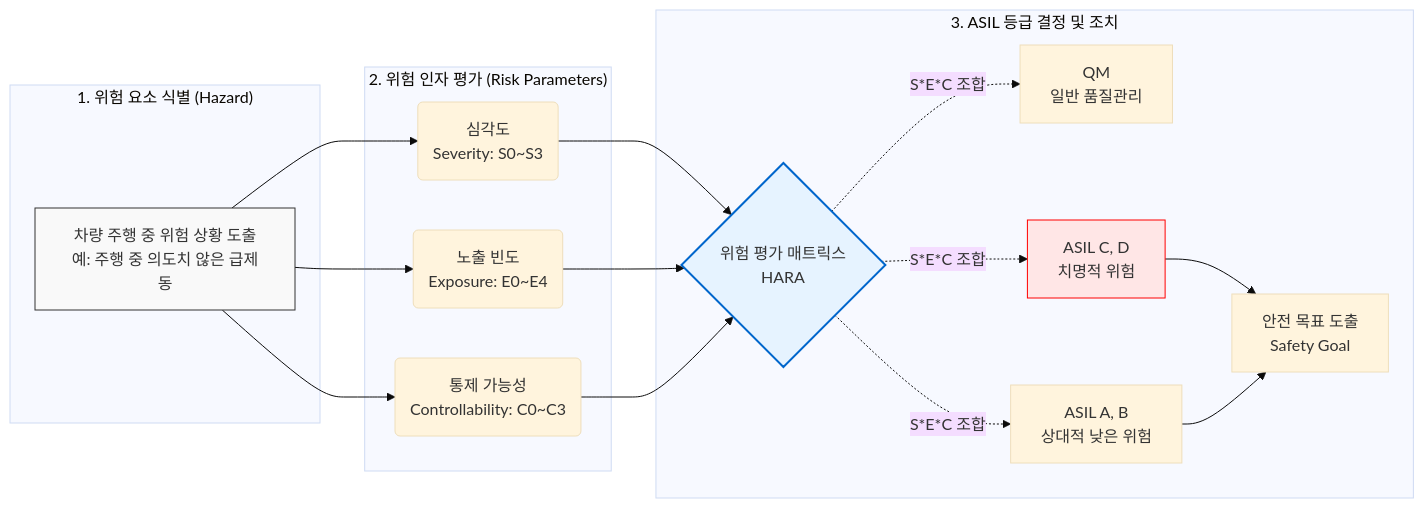
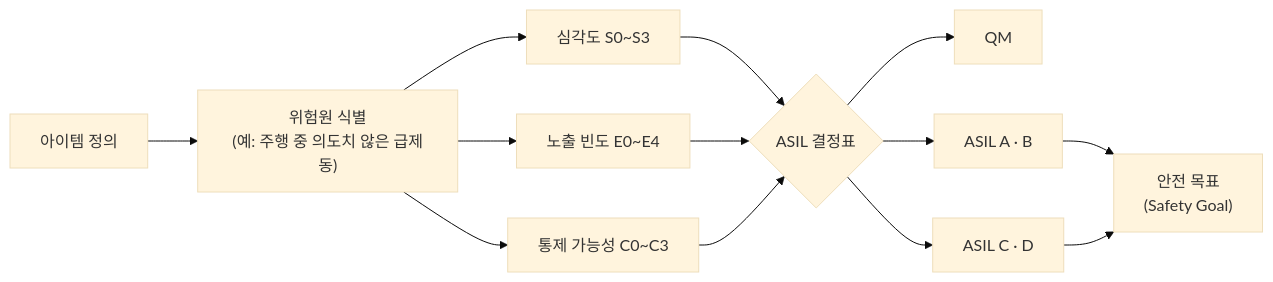
The diagram in content/01_IT Tech/ASIL.md (supremethumb/supremethumb.github.io), drawn with Mermaid (base theme) before and after one commit. The commit also changed other lines of this file and 1087 other files, not shown here.

````diff
--- a/content/01_IT Tech/ASIL.md
+++ b/content/01_IT Tech/ASIL.md
@@ -29,40 +34,15 @@
 ```mermaid
 flowchart LR
-    subgraph "1. 위험 요소 식별 (Hazard)"
-        H[차량 주행 중 위험 상황 도출<br/>예: 주행 중 의도치 않은 급제동]
-    end
-
-    subgraph "2. 위험 인자 평가 (Risk Parameters)"
-        S(심각도<br/>Severity: S0~S3)
-        E(노출 빈도<br/>Exposure: E0~E4)
-        C(통제 가능성<br/>Controllability: C0~C3)
-    end
-
-    subgraph "3. ASIL 등급 결정 및 조치"
-        HARA{위험 평가 매트릭스<br/>HARA}
-        QM[QM<br/>일반 품질관리]
-        ASIL_AB[ASIL A, B<br/>상대적 낮은 위험]
-        ASIL_CD[ASIL C, D<br/>치명적 위험]
-        SG[안전 목표 도출<br/>Safety Goal]
-    end
-
-    H --> S
-    H --> E
-    H --> C
-    
-    S --> HARA
-    E --> HARA
-    C --> HARA
-    
-    HARA -.->|S*E*C 조합| QM
-    HARA -.->|S*E*C 조합| ASIL_AB
-    HARA -.->|S*E*C 조합| ASIL_CD
-    
-    ASIL_CD --> SG
-    ASIL_AB --> SG
-    
-    style H fill:#f9f9f9,stroke:#333
-    style HARA fill:#e6f3ff,stroke:#0066cc,stroke-width:2px
-    style ASIL_CD fill:#ffe6e6,stroke:#ff0000
-
+    Item["아이템 정의"] --> H["위험원 식별<br/>(예: 주행 중 의도치 않은 급제동)"]
+    H --> S["심각도 S0~S3"]
+    H --> E["노출 빈도 E0~E4"]
+    H --> C["통제 가능성 C0~C3"]
+    S --> M{"ASIL 결정표"}
+    E --> M
+    C --> M
+    M --> QM["QM"]
+    M --> AB["ASIL A · B"]
+    M --> CD["ASIL C · D"]
+    AB --> SG["안전 목표<br/>(Safety Goal)"]
+    CD --> SG
 ```
````
